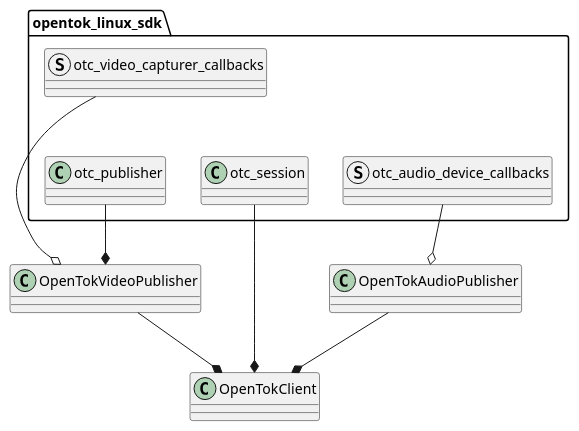
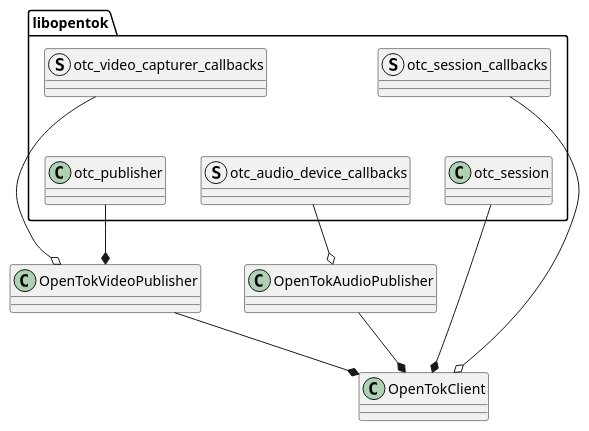
One commit to agilityfeat/opentok-encoder-demo changed the diagram in doc/object_model.puml. Above: the diagram before and after it, drawn with PlantUML. The commit also changed 1 other file, not shown here.

```diff
--- a/doc/object_model.puml
+++ b/doc/object_model.puml
@@ -1,34 +1,35 @@
 @startuml
 
 class OpenTokClient {
 }
 
-package opentok_linux_sdk {
-
+package libopentok {
     class otc_session {
     }
     class otc_publisher
+    struct otc_session_callbacks
     struct otc_video_capturer_callbacks
     struct otc_audio_device_callbacks
 
+    otc_session_callbacks -[hidden]- otc_session
     otc_video_capturer_callbacks -[hidden]- otc_publisher
-    otc_publisher -[hidden] otc_session
     otc_publisher -[hidden] otc_audio_device_callbacks
 }
 
 class OpenTokVideoPublisher {
 }
 
 class OpenTokAudioPublisher {
 }
 
 OpenTokClient *-up- otc_session
+OpenTokClient o-up- otc_session_callbacks
 OpenTokClient *-up- OpenTokVideoPublisher
 OpenTokClient *-up- OpenTokAudioPublisher
 
 OpenTokVideoPublisher *-up- otc_publisher
 OpenTokVideoPublisher o-up- otc_video_capturer_callbacks
 
 OpenTokAudioPublisher o-up- otc_audio_device_callbacks
 
 @enduml
```
